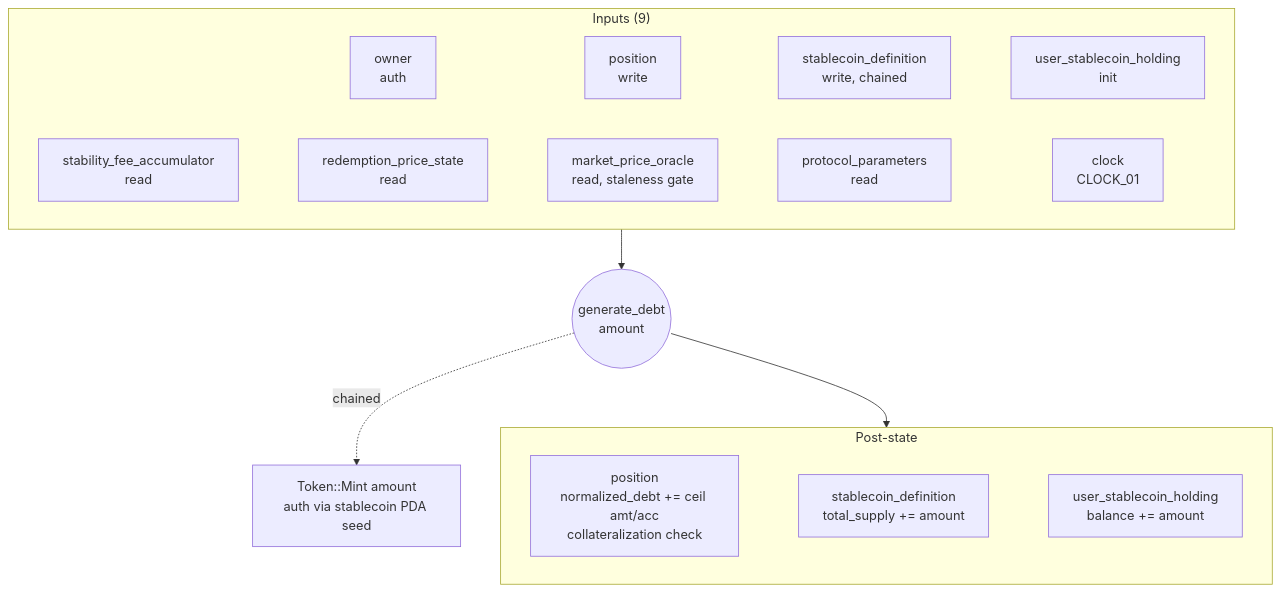
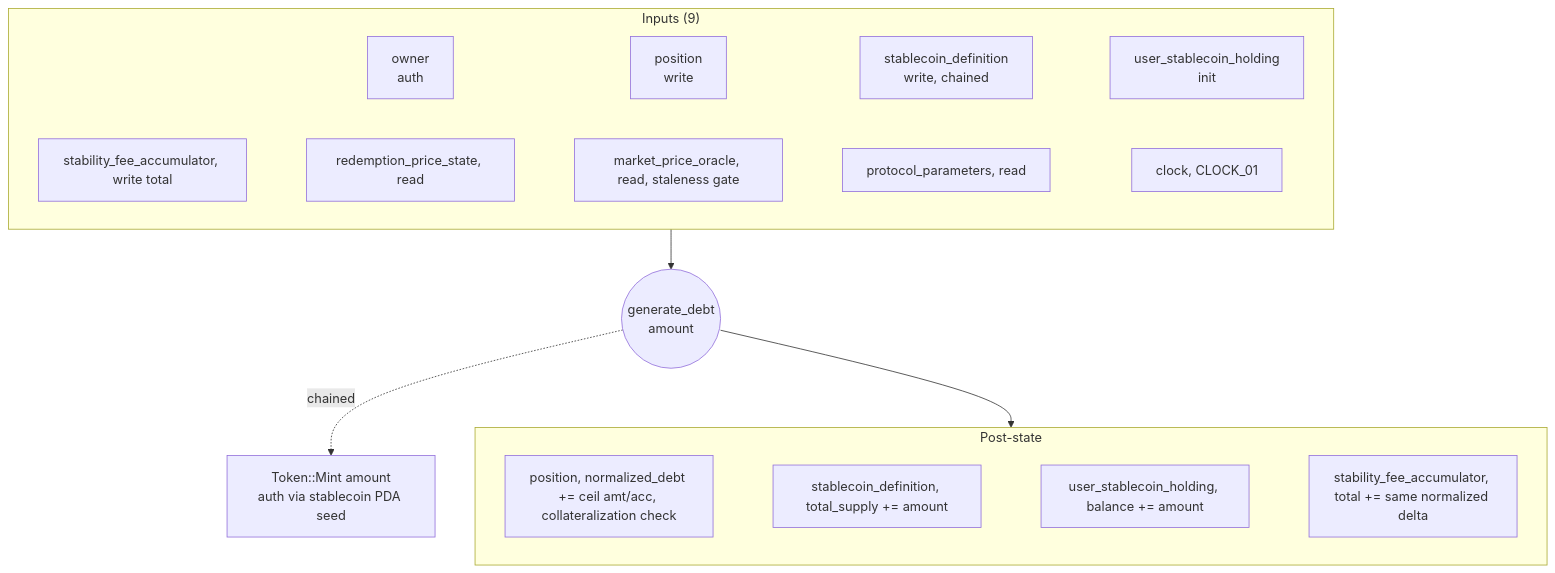
One commit to 3esmit/lez-programs changed the tenth of 14 diagrams in docs/stablecoin/README.md. Above: the diagram before and after it, drawn with Mermaid. The commit also changed other lines of this file and 48 other files, not shown here.

Commit message:
feat(stablecoin): enforce position debt floor and global ceiling

````diff
--- a/docs/stablecoin/README.md
+++ b/docs/stablecoin/README.md
@@ -1031,13 +1145,13 @@
 ```mermaid
 flowchart TD
     subgraph In["Inputs (9)"]
         a1[owner<br/>auth] ~~~ a2[position<br/>write] ~~~ a3[stablecoin_definition<br/>write, chained] ~~~ a4[user_stablecoin_holding<br/>init]
-        a5[stability_fee_accumulator<br/>read] ~~~ a6[redemption_price_state<br/>read] ~~~ a7[market_price_oracle<br/>read, staleness gate] ~~~ a8[protocol_parameters<br/>read] ~~~ a9[clock<br/>CLOCK_01]
+        a5[stability_fee_accumulator, write total] ~~~ a6[redemption_price_state, read] ~~~ a7[market_price_oracle, read, staleness gate] ~~~ a8[protocol_parameters, read] ~~~ a9[clock, CLOCK_01]
     end
     subgraph Post["Post-state"]
-        p1[position<br/>normalized_debt += ceil amt/acc<br/>collateralization check] ~~~ p2[stablecoin_definition<br/>total_supply += amount] ~~~ p3[user_stablecoin_holding<br/>balance += amount]
+        p1[position, normalized_debt += ceil amt/acc, collateralization check] ~~~ p2[stablecoin_definition, total_supply += amount] ~~~ p3[user_stablecoin_holding, balance += amount] ~~~ p4[stability_fee_accumulator, total += same normalized delta]
     end
     In --> Ins((generate_debt<br/>amount))
     Ins --> Post
     Ins -.chained.-> C1[Token::Mint amount<br/>auth via stablecoin PDA seed]
 ```
````
